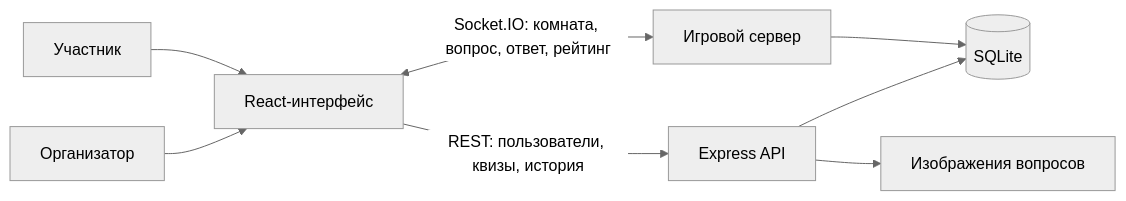
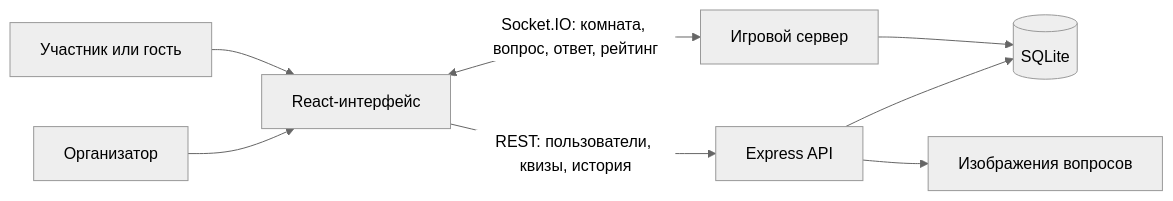
One commit to tribalsm/quizora changed the first of 3 diagrams in docs/architecture.md. Above: the diagram before and after it, drawn with Mermaid (neutral theme). The commit also changed other lines of this file and 13 other files, not shown here.

````diff
--- a/docs/architecture.md
+++ b/docs/architecture.md
@@ -5,10 +5,10 @@
 ```mermaid
 flowchart LR
     O[Организатор] --> UI[React-интерфейс]
-    P[Участник] --> UI
+    P[Участник или гость] --> UI
     UI -->|REST: пользователи, квизы, история| API[Express API]
     UI <-->|Socket.IO: комната, вопрос, ответ, рейтинг| WS[Игровой сервер]
     API --> DB[(SQLite)]
     WS --> DB
     API --> FILES[Изображения вопросов]
 ```
````
